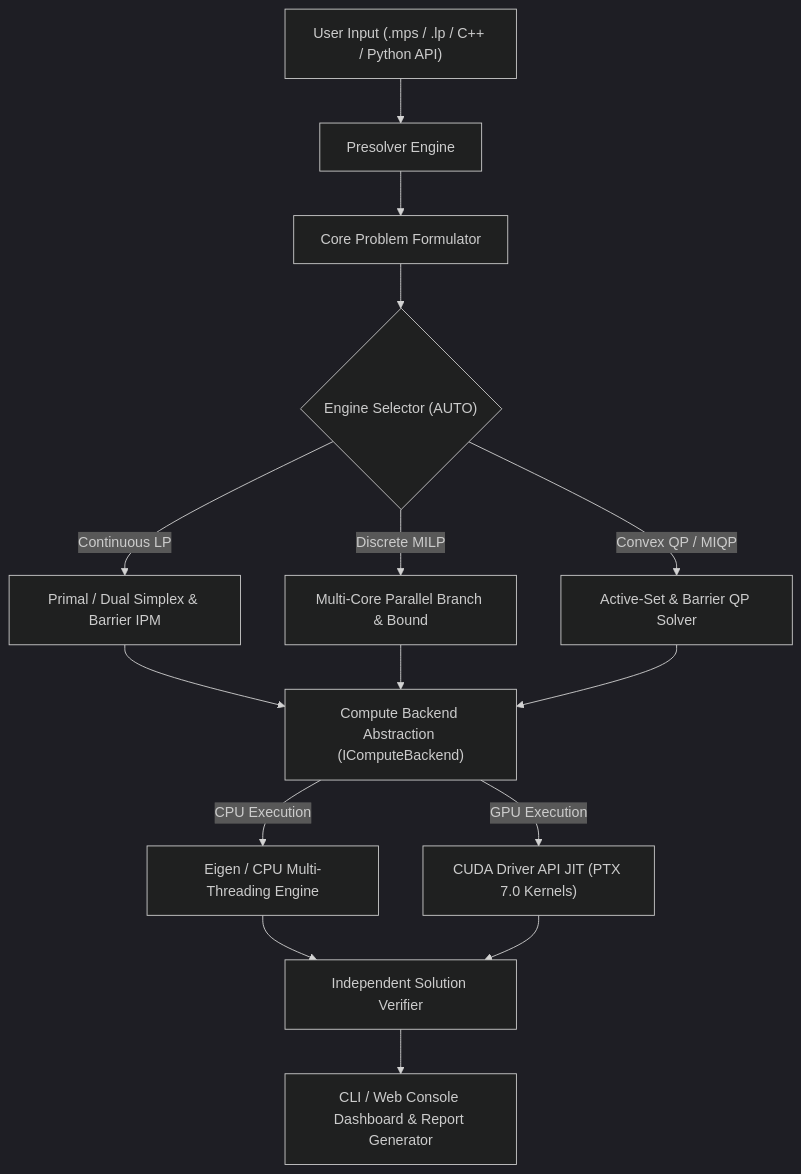
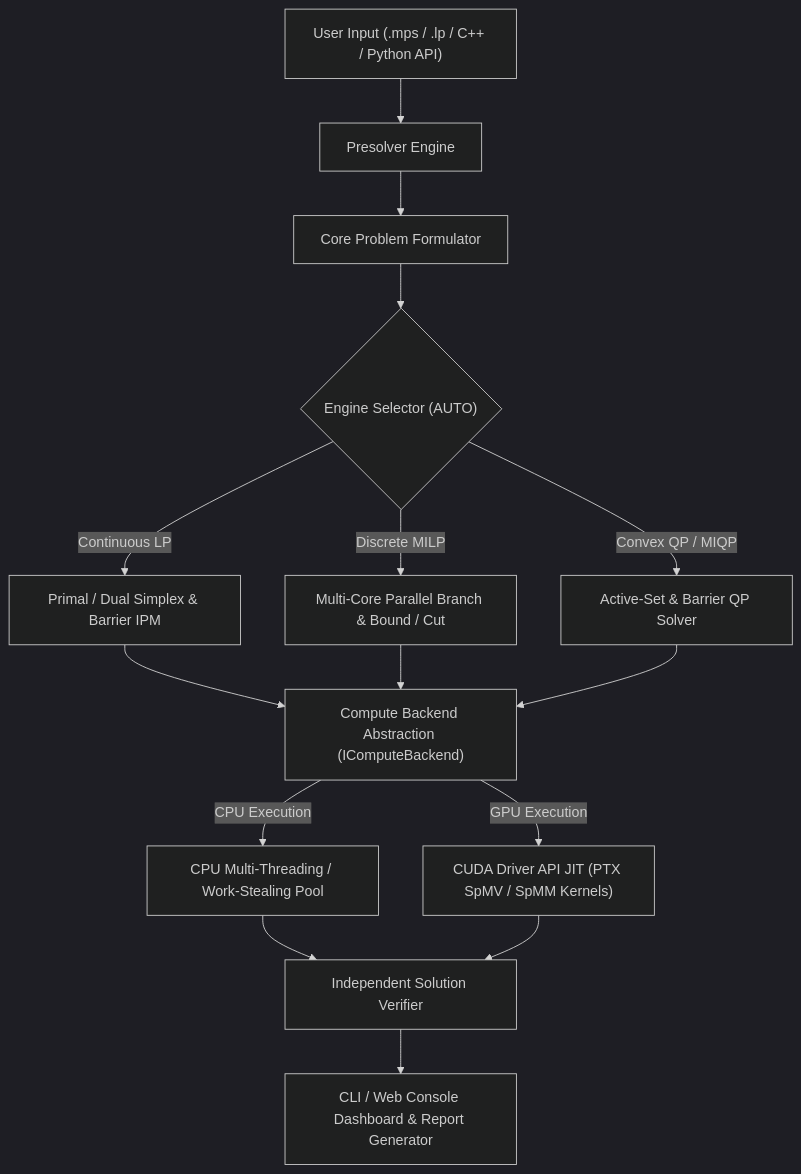
One commit to gopinath112006-max/Indigenous-CPU-GPU-Optimization-Engine-for-Indian-Industry changed the diagram in README.md. Above: the diagram before and after it, drawn with Mermaid (dark theme). The commit also changed other lines of this file and 19 other files, not shown here.

````diff
--- a/README.md
+++ b/README.md
@@ -31,22 +111,22 @@
 ```mermaid
 flowchart TD
     A["User Input (.mps / .lp / C++ / Python API)"] --> B["Presolver Engine"]
     B --> C["Core Problem Formulator"]
     C --> D{"Engine Selector (AUTO)"}
-    
+
     D -->|Continuous LP| E["Primal / Dual Simplex & Barrier IPM"]
-    D -->|Discrete MILP| F["Multi-Core Parallel Branch & Bound"]
+    D -->|Discrete MILP| F["Multi-Core Parallel Branch & Bound / Cut"]
     D -->|Convex QP / MIQP| G["Active-Set & Barrier QP Solver"]
-    
+
     E --> H["Compute Backend Abstraction (IComputeBackend)"]
     F --> H
     G --> H
-    
-    H -->|CPU Execution| I["Eigen / CPU Multi-Threading Engine"]
-    H -->|GPU Execution| J["CUDA Driver API JIT (PTX 7.0 Kernels)"]
-    
+
+    H -->|CPU Execution| I["CPU Multi-Threading / Work-Stealing Pool"]
+    H -->|GPU Execution| J["CUDA Driver API JIT (PTX SpMV / SpMM Kernels)"]
+
     I --> K["Independent Solution Verifier"]
     J --> K
-    
+
     K --> L["CLI / Web Console Dashboard & Report Generator"]
 ```
````
